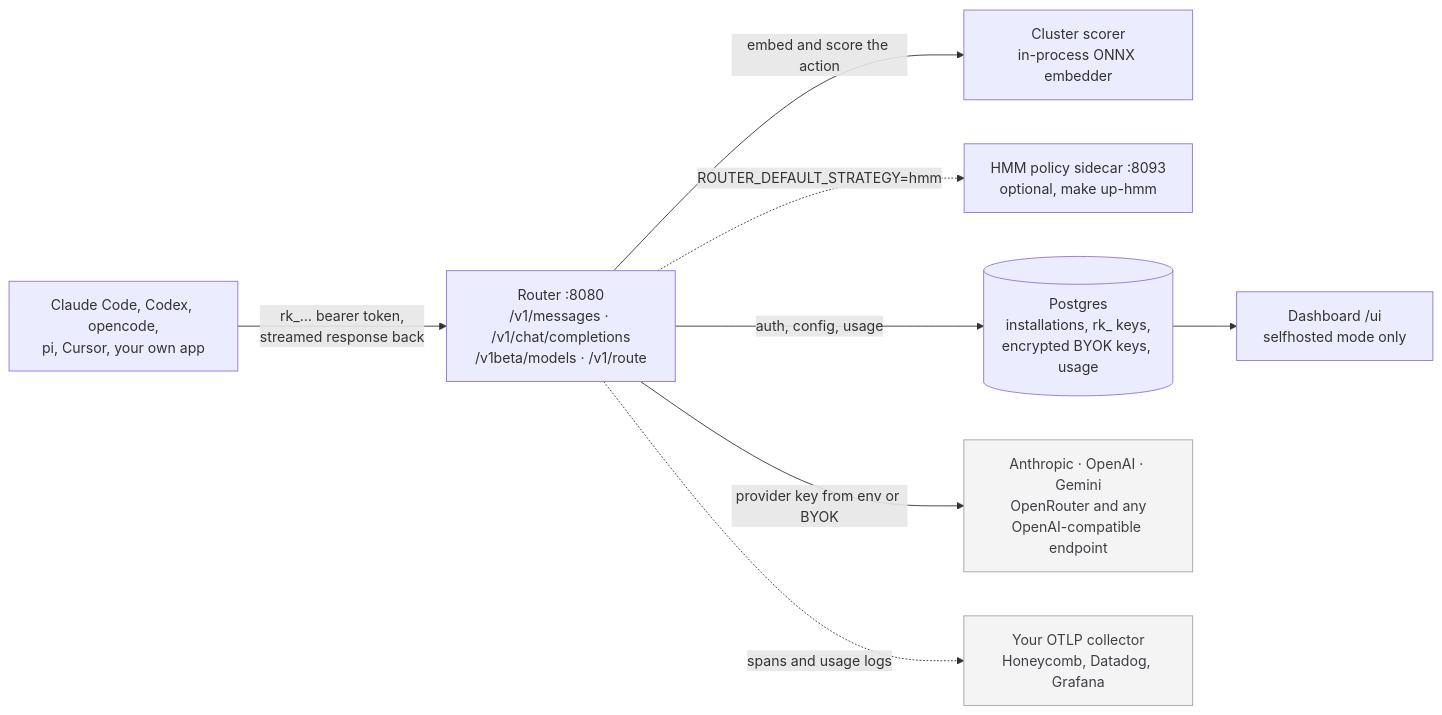
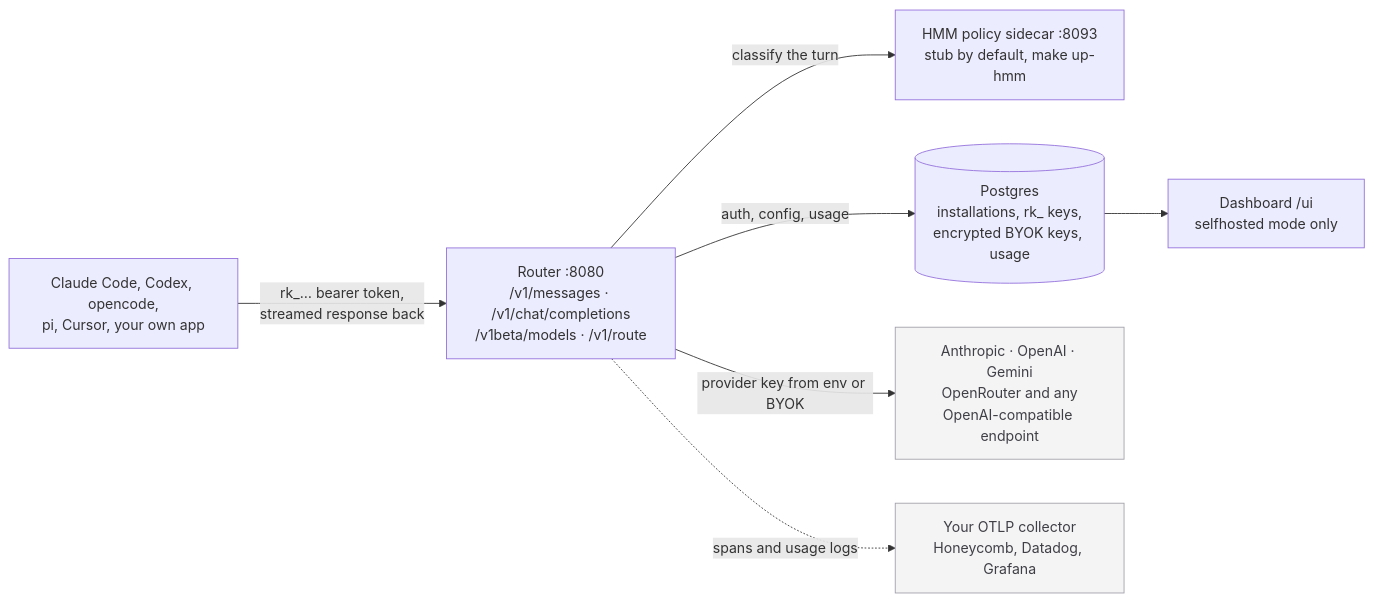
Before and after one commit to weave-os/router: the diagram in README.md, drawn with Mermaid. The commit also changed other lines of this file and 46 other files, not shown here.

First line of the commit message:
Remove cluster as default and fallback routing strategy (#2099)

````diff
--- a/README.md
+++ b/README.md
@@ -110,22 +110,20 @@
 ```mermaid
 flowchart LR
     client["Claude Code, Codex, opencode,<br/>pi, Cursor, your own app"]
     router["Router :8080<br/>/v1/messages · /v1/chat/completions<br/>/v1beta/models · /v1/route"]
-    scorer["Cluster scorer<br/>in-process ONNX embedder"]
-    hmm["HMM policy sidecar :8093<br/>optional, make up-hmm"]
+    hmm["HMM policy sidecar :8093<br/>stub by default, make up-hmm"]
     pg[("Postgres<br/>installations, rk_ keys,<br/>encrypted BYOK keys, usage")]
     ui["Dashboard /ui<br/>selfhosted mode only"]
     providers["Anthropic · OpenAI · Gemini<br/>OpenRouter and any<br/>OpenAI-compatible endpoint"]
     otel["Your OTLP collector<br/>Honeycomb, Datadog, Grafana"]
 
     client -->|"rk_… bearer token,<br/>streamed response back"| router
-    router -->|"embed and score the action"| scorer
-    router -.->|"ROUTER_DEFAULT_STRATEGY=hmm"| hmm
+    router -->|"classify the turn"| hmm
     router -->|"auth, config, usage"| pg
     pg --> ui
     router -->|"provider key from env or BYOK"| providers
     router -.->|"spans and usage logs"| otel
 
     classDef external fill:#f4f4f5,stroke:#a1a1aa,color:#3f3f46
     class providers,otel external
 ```
````
